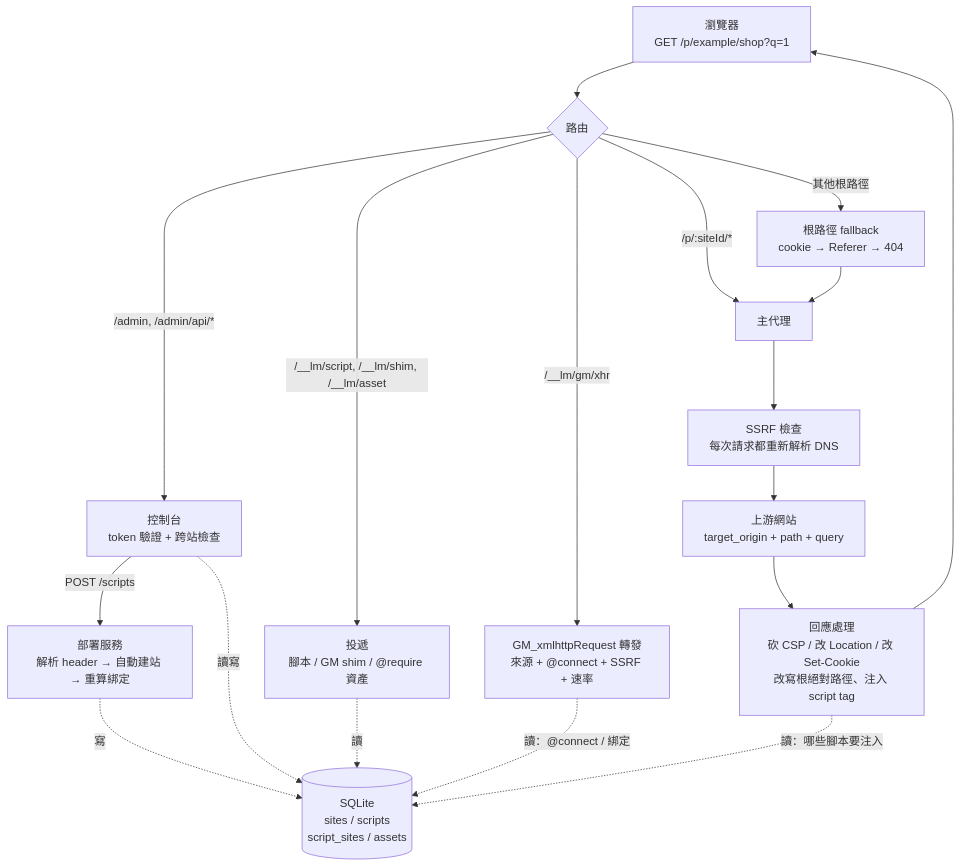
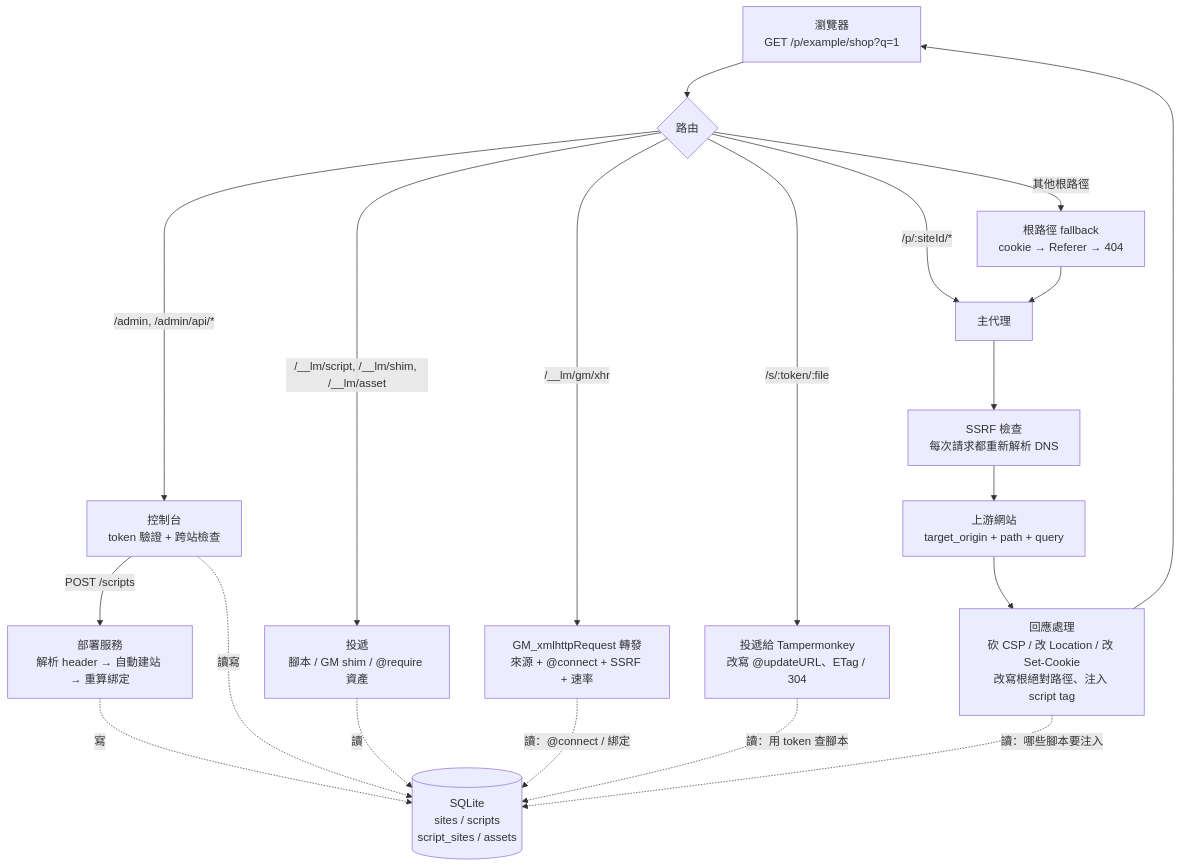
One commit to Jeffrey0117/LocalMonkey changed the diagram in README.md. Above: the diagram before and after it, drawn with Mermaid. The commit also changed other lines of this file and 6 other files, not shown here.

````diff
--- a/README.md
+++ b/README.md
@@ -155,23 +194,25 @@
 ```mermaid
 flowchart TD
     B["瀏覽器<br/>GET /p/example/shop?q=1"] --> R{路由}
 
     R -->|"/admin, /admin/api/*"| A["控制台<br/>token 驗證 + 跨站檢查"]
     R -->|"/__lm/script, /__lm/shim, /__lm/asset"| S["投遞<br/>腳本 / GM shim / @require 資產"]
     R -->|"/__lm/gm/xhr"| X["GM_xmlhttpRequest 轉發<br/>來源 + @connect + SSRF + 速率"]
     R -->|"/p/:siteId/*"| P["主代理"]
+    R -->|"/s/:token/:file"| V["投遞給 Tampermonkey<br/>改寫 @updateURL、ETag / 304"]
     R -->|"其他根路徑"| F["根路徑 fallback<br/>cookie → Referer → 404"]
 
     F --> P
     P --> SSRF["SSRF 檢查<br/>每次請求都重新解析 DNS"]
     SSRF --> U["上游網站<br/>target_origin + path + query"]
     U --> T["回應處理<br/>砍 CSP / 改 Location / 改 Set-Cookie<br/>改寫根絕對路徑、注入 script tag"]
     T --> B
 
     A -->|"POST /scripts"| D["部署服務<br/>解析 header → 自動建站 → 重算綁定"]
     D -.->|寫| DB[("SQLite<br/>sites / scripts<br/>script_sites / assets")]
     A -.->|讀寫| DB
     S -.->|讀| DB
     X -.->|"讀：@connect / 綁定"| DB
+    V -.->|"讀：用 token 查腳本"| DB
     T -.->|"讀：哪些腳本要注入"| DB
 ```
````
